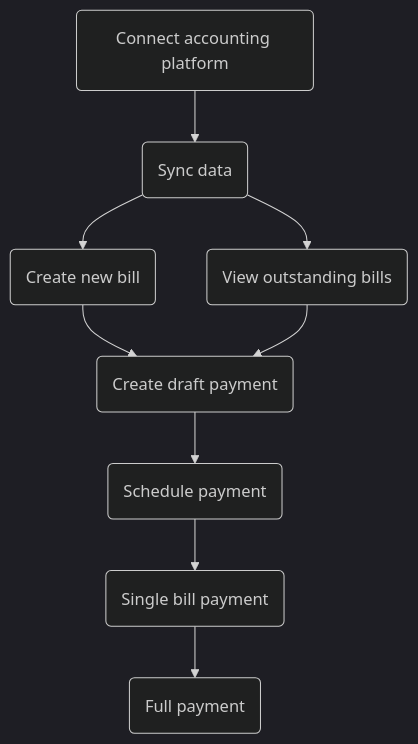
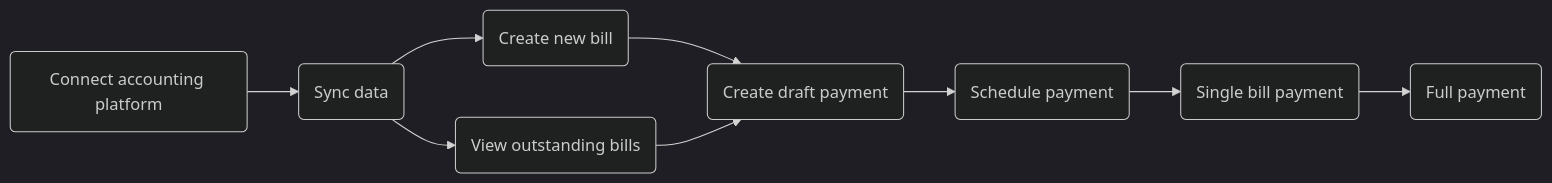
Before and after one commit to codatio/codat-docs: the diagram in docs/payables/bill-pay-kit.md, drawn with Mermaid (dark theme). The commit also changed other lines of this file, not shown here.

````diff
--- a/docs/payables/bill-pay-kit.md
+++ b/docs/payables/bill-pay-kit.md
@@ -23,13 +23,13 @@
 ```mermaid
 
-  flowchart TD
+  flowchart LR
     A(Connect accounting platform) --> B(Sync data)
     B --> H(Create new bill)
     H --> D
     B --> C(View outstanding bills)
     C -->D(Create draft payment)
     D -->E(Schedule payment)
     E -->F(Single bill payment)
     F --> G(Full payment)
 
 ```
````
